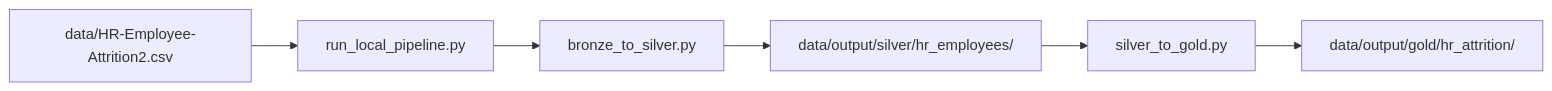
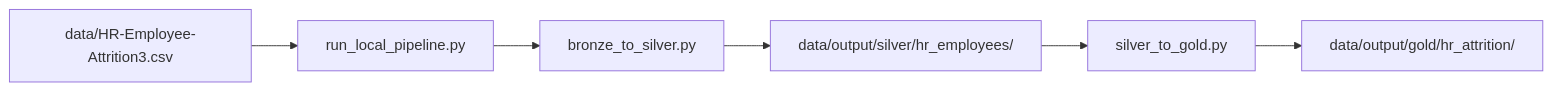
One commit to Merlin2098/HR-Data-Lakehouse changed the fourth of 5 diagrams in docs/etl_architecture_diagram.md. Above: the diagram before and after it, drawn with Mermaid. The commit also changed 9 other files, not shown here.

````diff
--- a/docs/etl_architecture_diagram.md
+++ b/docs/etl_architecture_diagram.md
@@ -73,8 +73,8 @@
 ```mermaid
 flowchart LR
-    CSV["data/HR-Employee-Attrition2.csv"] --> R["run_local_pipeline.py"]
+    CSV["data/HR-Employee-Attrition3.csv"] --> R["run_local_pipeline.py"]
     R --> B2S["bronze_to_silver.py"]
     B2S --> SIL["data/output/silver/hr_employees/"]
     SIL --> S2G["silver_to_gold.py"]
     S2G --> GOL["data/output/gold/hr_attrition/"]
 ```
````
